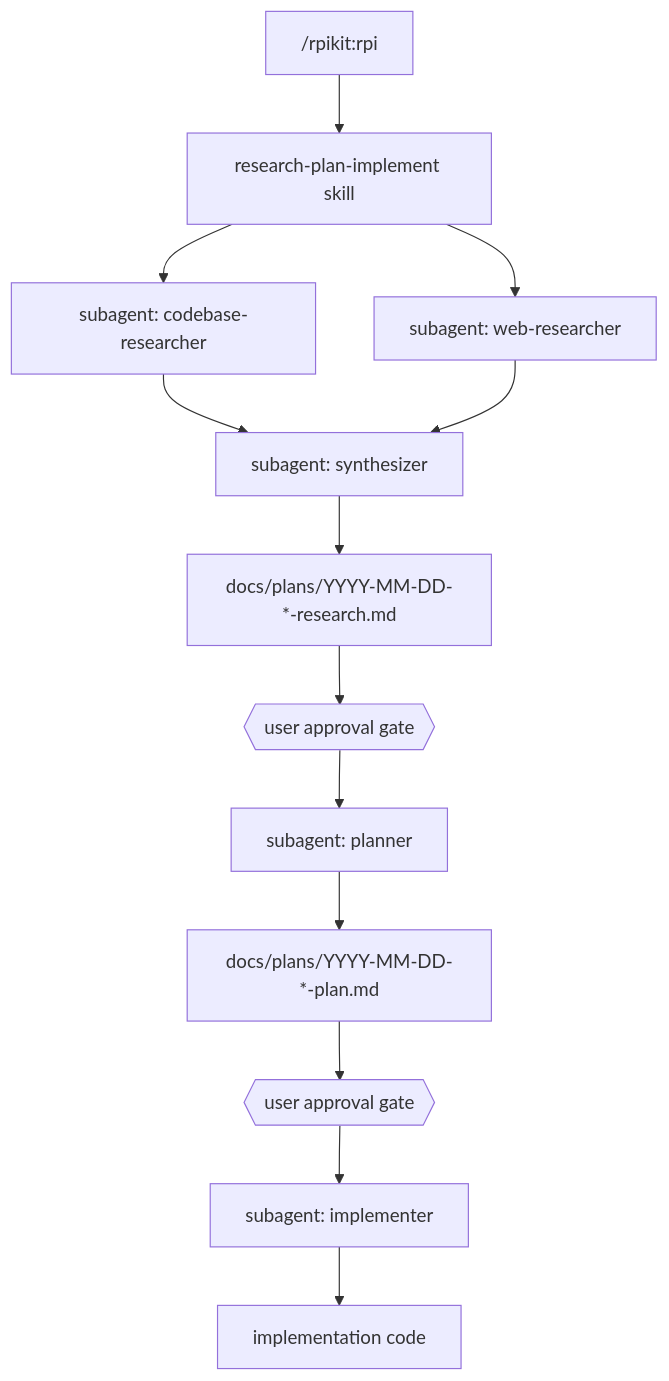
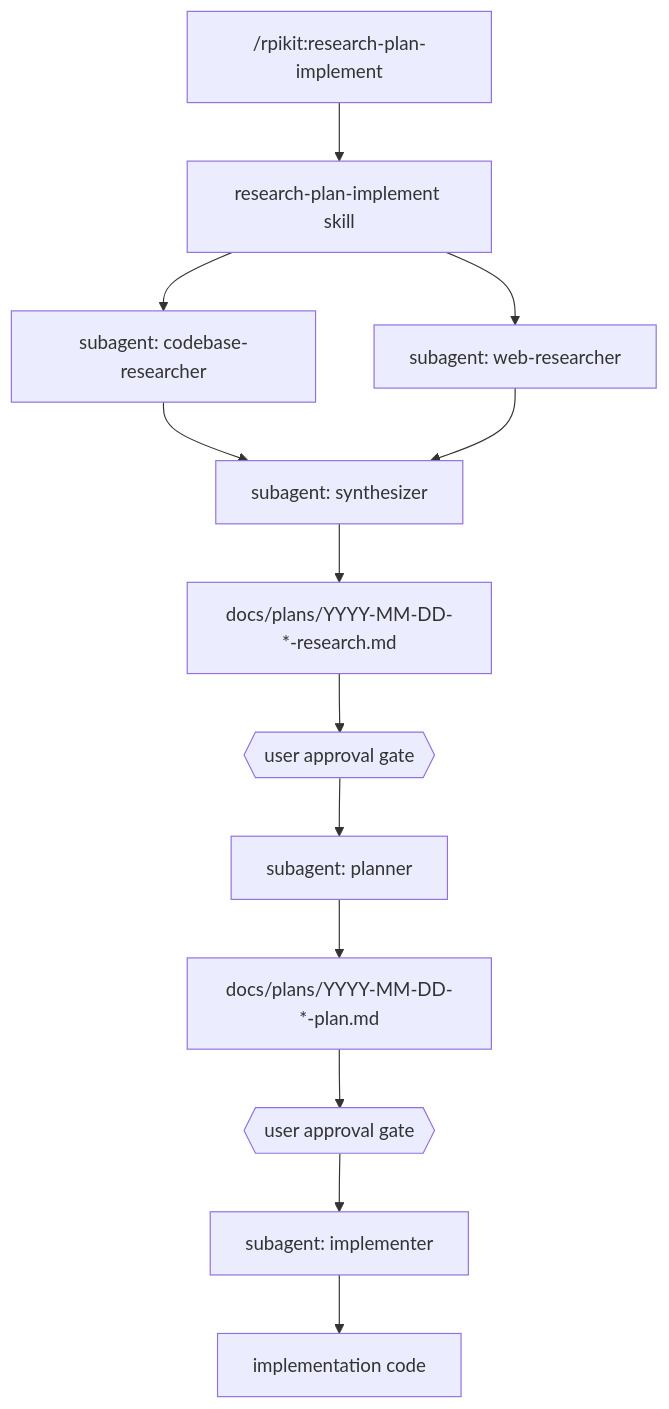
The second of 5 diagrams in docs/architecture.md (bostonaholic/rpikit), drawn with Mermaid before and after one commit. The commit also changed other lines of this file and 17 other files, not shown here.

````diff
--- a/docs/architecture.md
+++ b/docs/architecture.md
@@ -109,15 +92,15 @@
 ```mermaid
 graph TD
-    RPI["/rpikit:rpi"] --> RTIS["research-plan-implement skill"]
+    RPI["/rpikit:research-plan-implement"] --> RTIS["research-plan-implement skill"]
     RTIS --> T1["subagent: codebase-researcher"]
     RTIS --> T2["subagent: web-researcher"]
     T1 --> SYN["subagent: synthesizer"]
     T2 --> SYN
     SYN --> RD["docs/plans/YYYY-MM-DD-*-research.md"]
     RD --> G1{{"user approval gate"}}
     G1 --> T3["subagent: planner"]
     T3 --> PD["docs/plans/YYYY-MM-DD-*-plan.md"]
     PD --> G2{{"user approval gate"}}
     G2 --> T4["subagent: implementer"]
     T4 --> CODE["implementation code"]
 ```
````
